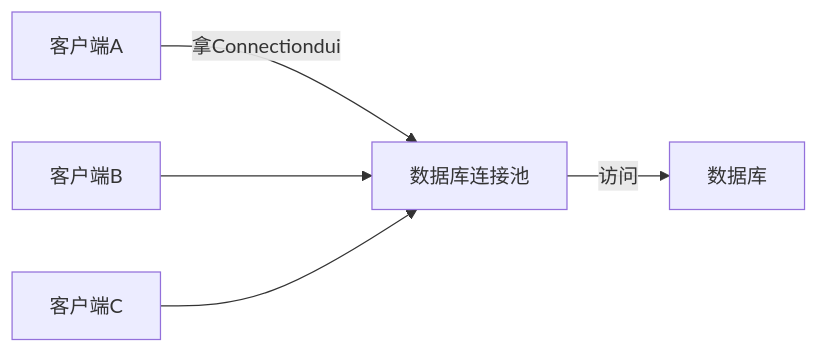
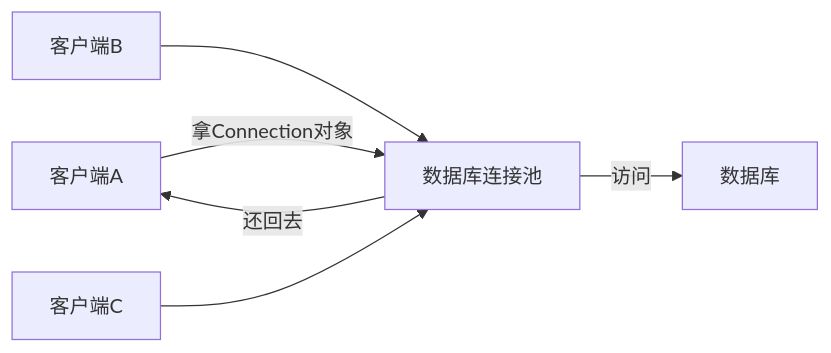
The second of 2 diagrams in 💻计算机/数据库/MyBatis.md (poppop9/obsidian), drawn with Mermaid before and after one commit. The commit also changed other lines of this file, not shown here.

Commit message:
vault backup: 2023-11-14 16:25:32

````diff
--- a/💻计算机/数据库/MyBatis.md
+++ b/💻计算机/数据库/MyBatis.md
@@ -31,8 +31,11 @@
 ```mermaid
 graph LR
-	a[客户端A]--拿Connectiondui-->b[数据库连接池]
+	a[客户端A]--拿Connection对象-->b[数据库连接池]
+	b--还回去-->a
+	
 	c[客户端B]-->b
+	
 	d[客户端C]-->b
 
 	b--访问-->e[数据库]
 ```
````
